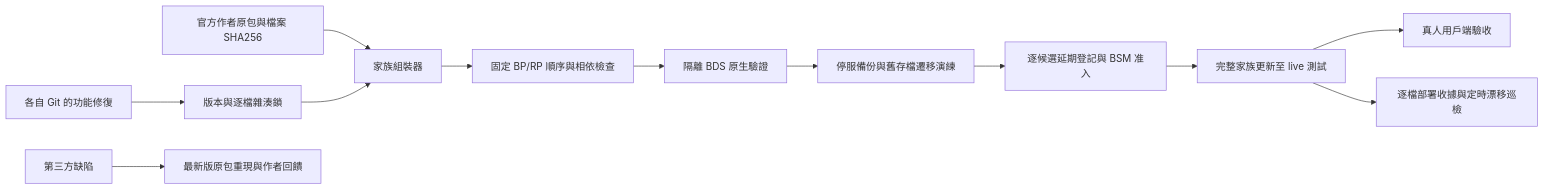
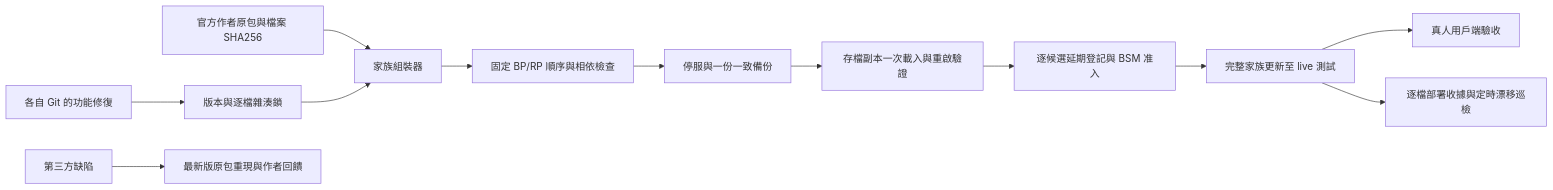
One commit to burnt-tea-dev/kaleidoscope-tavern-unofficial changed the diagram in family/MAINTENANCE.md. Above: the diagram before and after it, drawn with Mermaid.

Commit message:
Align deployment diagram with the single rehearsal sequence

````diff
--- a/family/MAINTENANCE.md
+++ b/family/MAINTENANCE.md
@@ -9,14 +9,14 @@
 ```mermaid
 flowchart LR
   A[各自 Git 的功能修復] --> B[版本與逐檔雜湊鎖]
   C[官方作者原包與檔案 SHA256] --> D[家族組裝器]
   B --> D
   D --> E[固定 BP/RP 順序與相依檢查]
-  E --> F[隔離 BDS 原生驗證]
-  F --> G[停服備份與舊存檔遷移演練]
-  G --> H[逐候選延期登記與 BSM 准入]
+  E --> G[停服與一份一致備份]
+  G --> F[存檔副本一次載入與重啟驗證]
+  F --> H[逐候選延期登記與 BSM 准入]
   H --> L[完整家族更新至 live 測試]
   L --> M[真人用戶端驗收]
   L --> I[逐檔部署收據與定時漂移巡檢]
   J[第三方缺陷] --> K[最新版原包重現與作者回饋]
 ```
````
